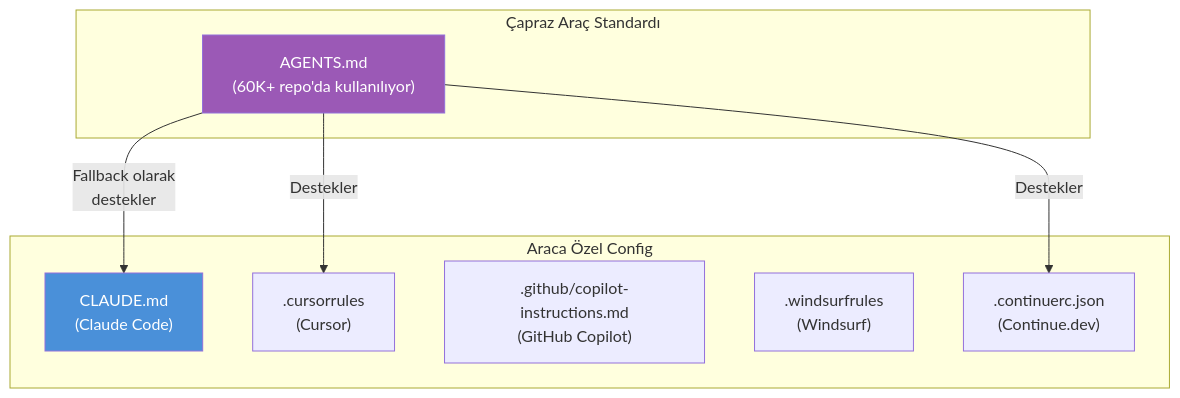
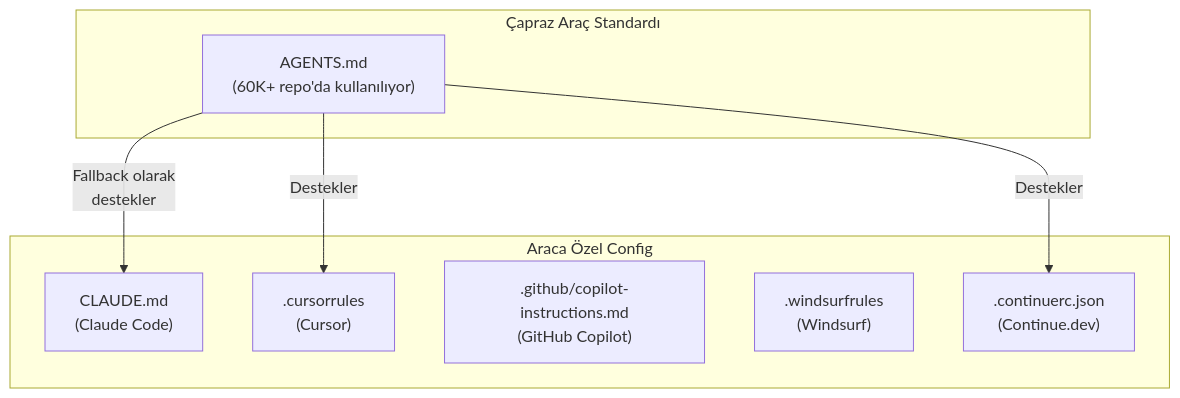
One commit to IzzetYasinAtes/ClaudeCodeHandbook changed the first of 5 diagrams in 09-bellek-ve-baglam/02-agents-md-ve-diger-config.md. Above: the diagram before and after it, drawn with Mermaid. The commit also changed other lines of this file and 97 other files, not shown here.

Commit message:
Remove all custom Mermaid style/fill colors from 98 markdown files for consistent dark theme rendering

````diff
--- a/09-bellek-ve-baglam/02-agents-md-ve-diger-config.md
+++ b/09-bellek-ve-baglam/02-agents-md-ve-diger-config.md
@@ -18,21 +18,19 @@
 ```mermaid
 flowchart TD
     subgraph standart ["Çapraz Araç Standardı"]
         AGENTS["AGENTS.md<br/>(60K+ repo'da kullanılıyor)"]
     end
 
     subgraph araca_ozel ["Araca Özel Config"]
         CLAUDE_MD["CLAUDE.md<br/>(Claude Code)"]
         CURSOR[".cursorrules<br/>(Cursor)"]
         COPILOT[".github/copilot-instructions.md<br/>(GitHub Copilot)"]
         WINDSURF[".windsurfrules<br/>(Windsurf)"]
         CONTINUE[".continuerc.json<br/>(Continue.dev)"]
     end
 
     AGENTS -->|"Fallback olarak<br/>destekler"| CLAUDE_MD
     AGENTS -->|"Destekler"| CURSOR
     AGENTS -->|"Destekler"| CONTINUE
 
-    style AGENTS fill:#9B59B6,color:#fff
-    style CLAUDE_MD fill:#4A90D9,color:#fff
 ```
````
